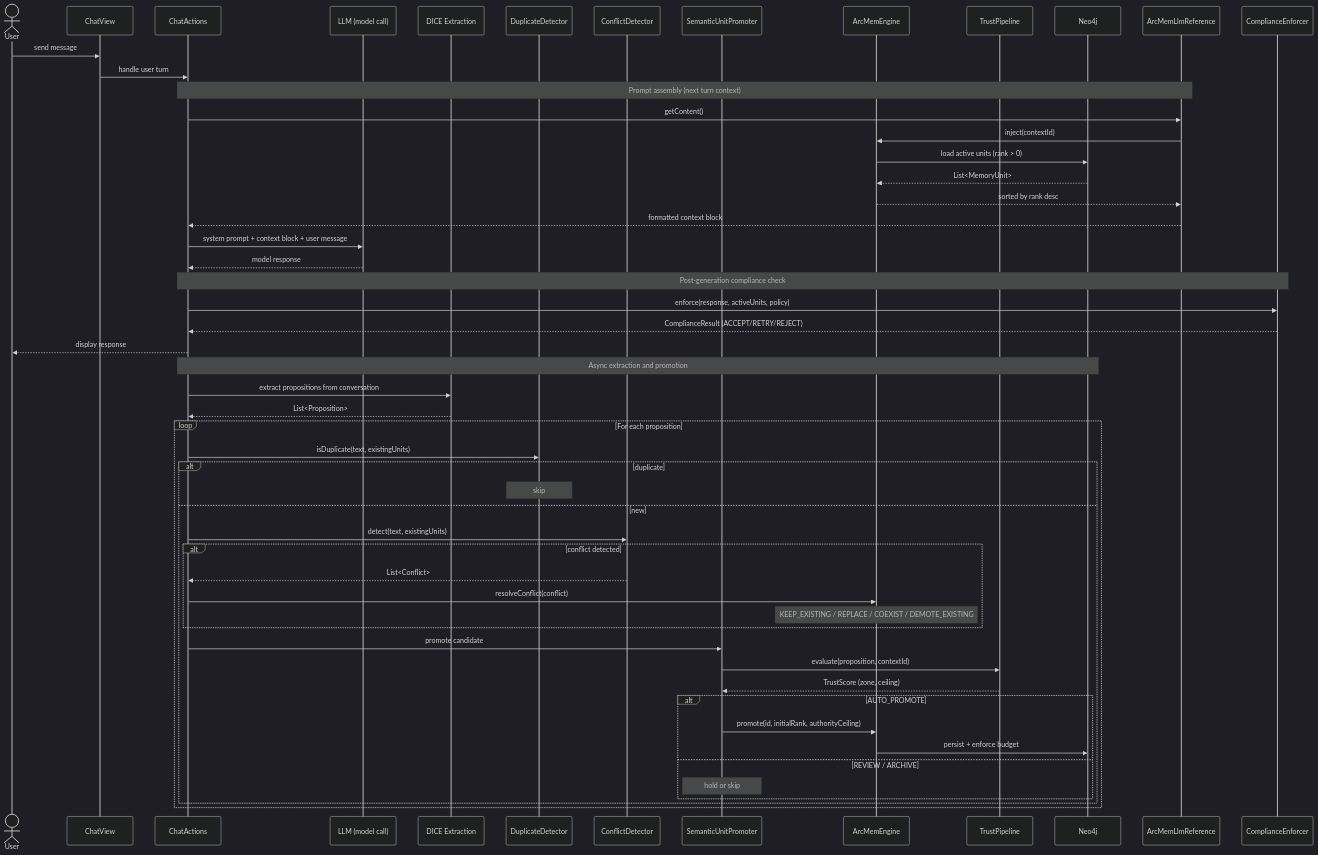
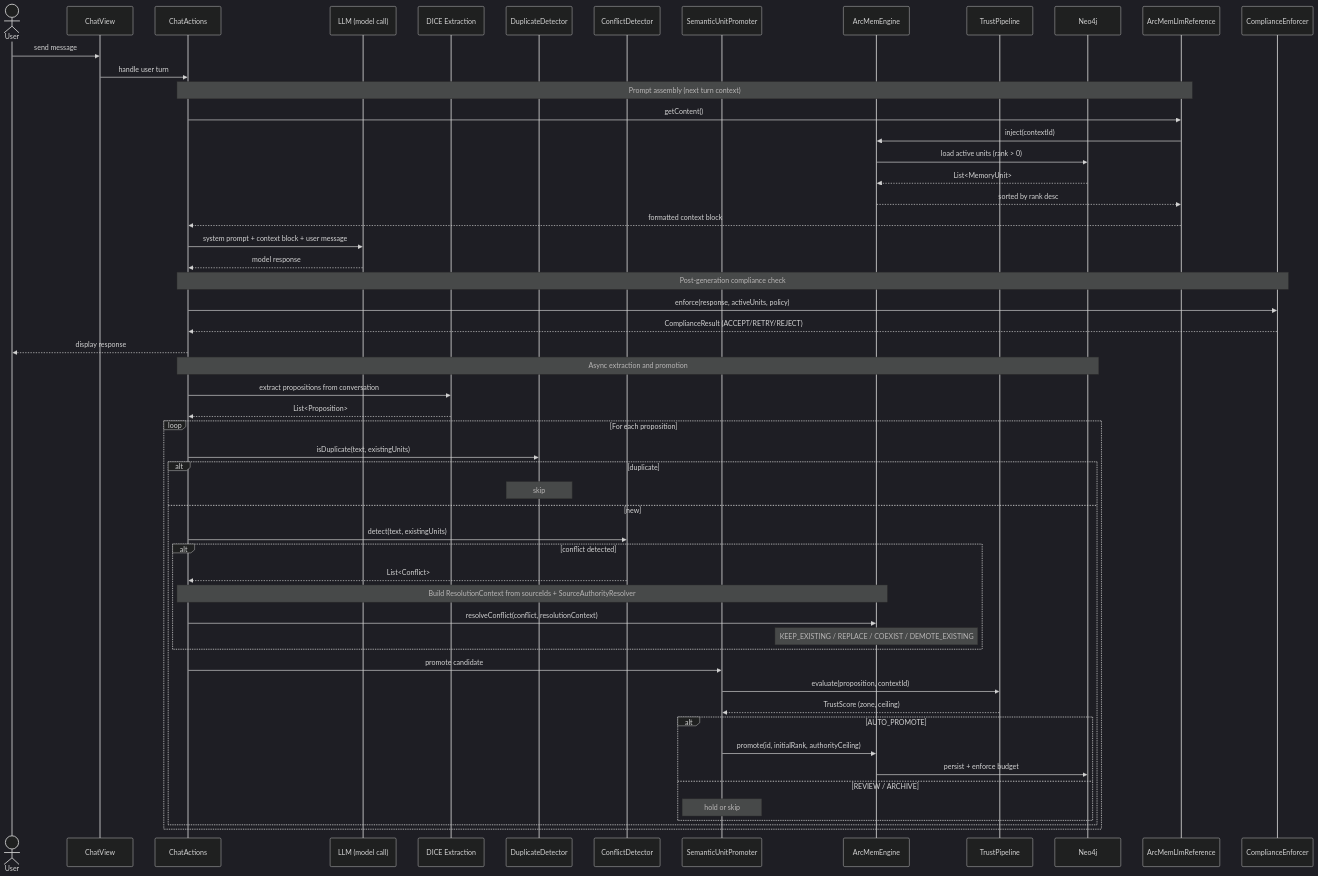
One commit to jimador/arc-mem changed the first of 6 diagrams in docs/data-flows.md. Above: the diagram before and after it, drawn with Mermaid (dark theme). The commit also changed other lines of this file and 34 other files, not shown here.

First line of the commit message:
feat: source-aware conflict resolution with NARRATIVE domain profile

````diff
--- a/docs/data-flows.md
+++ b/docs/data-flows.md
@@ -11,63 +11,64 @@
 ```mermaid
 sequenceDiagram
     actor User
     participant CV as ChatView
     participant CA as ChatActions
     participant LLM as LLM (model call)
     participant EXT as DICE Extraction
     participant DD as DuplicateDetector
     participant CD as ConflictDetector
     participant UP as SemanticUnitPromoter
     participant AE as ArcMemEngine
     participant TP as TrustPipeline
     participant DB as Neo4j
     participant REF as ArcMemLlmReference
     participant CE as ComplianceEnforcer
 
     User->>CV: send message
     CV->>CA: handle user turn
 
     Note over CA,REF: Prompt assembly (next turn context)
     CA->>REF: getContent()
     REF->>AE: inject(contextId)
     AE->>DB: load active units (rank > 0)
     DB-->>AE: List<MemoryUnit>
     AE-->>REF: sorted by rank desc
     REF-->>CA: formatted context block
 
     CA->>LLM: system prompt + context block + user message
     LLM-->>CA: model response
 
     Note over CA,CE: Post-generation compliance check
     CA->>CE: enforce(response, activeUnits, policy)
     CE-->>CA: ComplianceResult (ACCEPT/RETRY/REJECT)
 
     CA-->>User: display response
 
     Note over CA,DB: Async extraction and promotion
     CA->>EXT: extract propositions from conversation
     EXT-->>CA: List<Proposition>
 
     loop For each proposition
         CA->>DD: isDuplicate(text, existingUnits)
         alt duplicate
             Note over DD: skip
         else new
             CA->>CD: detect(text, existingUnits)
             alt conflict detected
                 CD-->>CA: List<Conflict>
-                CA->>AE: resolveConflict(conflict)
+                Note over CA,AE: Build ResolutionContext from sourceIds + SourceAuthorityResolver
+                CA->>AE: resolveConflict(conflict, resolutionContext)
                 Note over AE: KEEP_EXISTING / REPLACE / COEXIST / DEMOTE_EXISTING
             end
             CA->>UP: promote candidate
             UP->>TP: evaluate(proposition, contextId)
             TP-->>UP: TrustScore (zone, ceiling)
             alt AUTO_PROMOTE
                 UP->>AE: promote(id, initialRank, authorityCeiling)
                 AE->>DB: persist + enforce budget
             else REVIEW / ARCHIVE
                 Note over UP: hold or skip
             end
         end
     end
 ```
````
